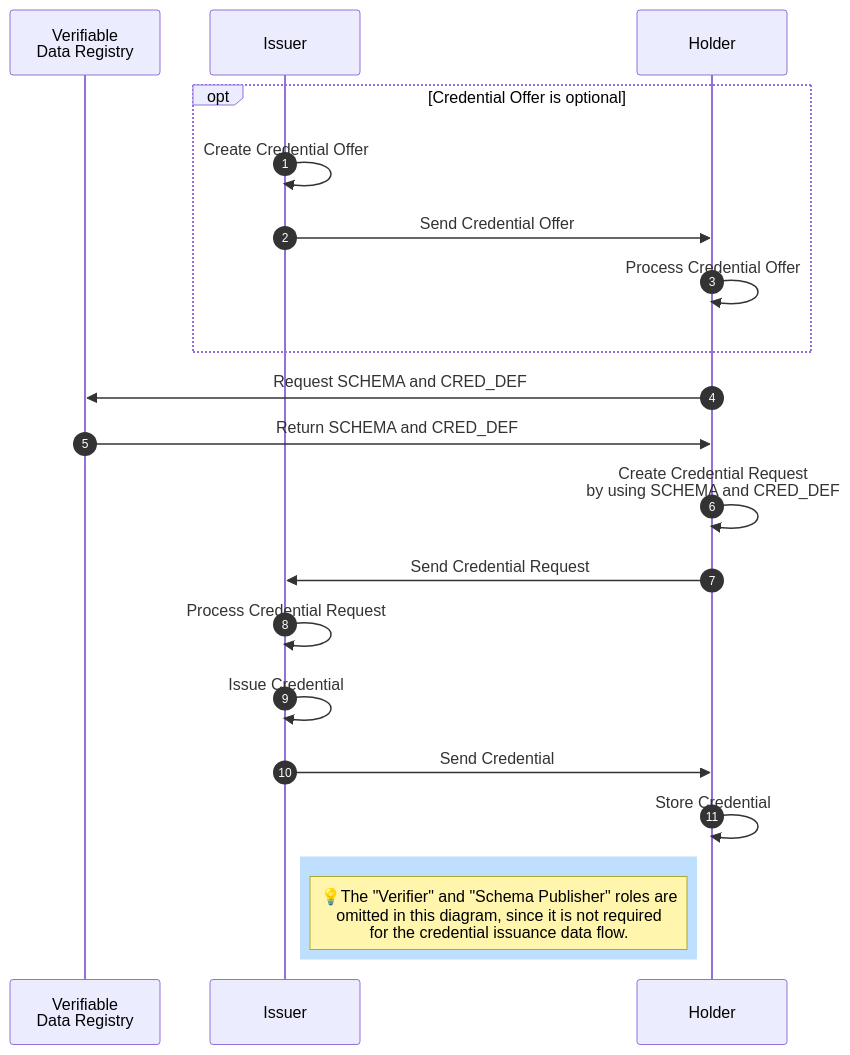
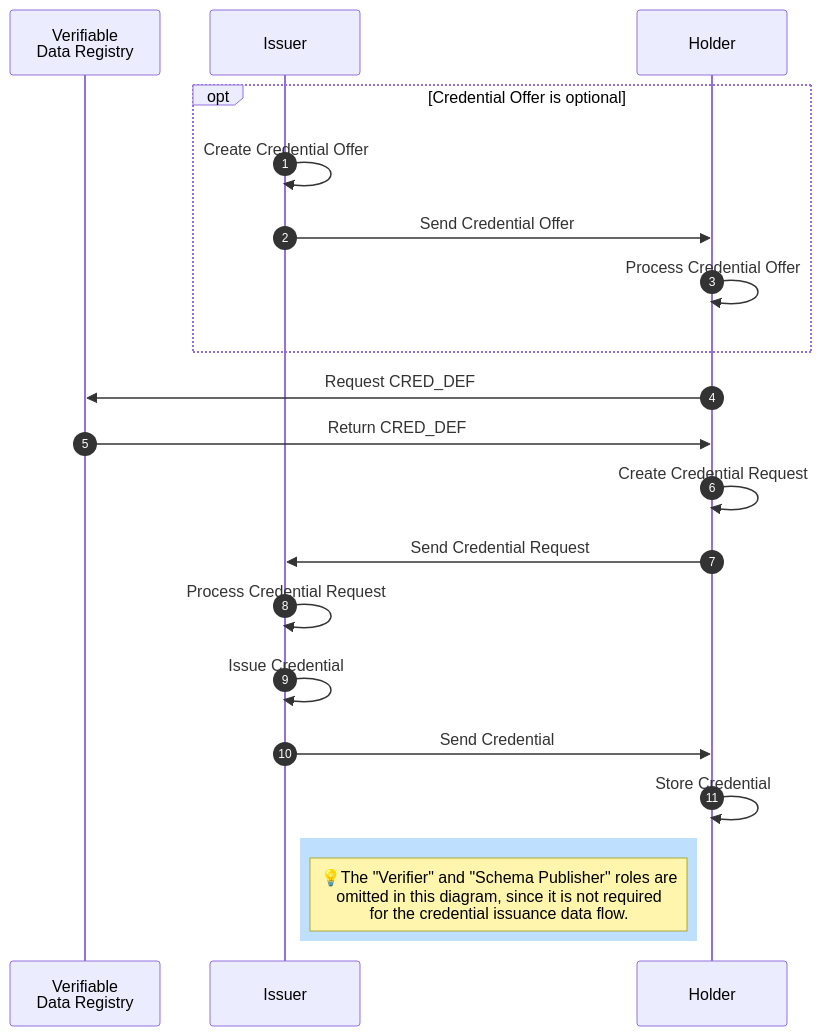
Before and after one commit to hyperledger/anoncreds-spec: the diagram in spec/data_flow_issuance.md, drawn with Mermaid. The commit also changed other lines of this file, not shown here.

Commit message:
Minor changes to Credential Offer and Credential Request flows

````diff
--- a/spec/data_flow_issuance.md
+++ b/spec/data_flow_issuance.md
@@ -5,41 +5,41 @@
 ```mermaid
 sequenceDiagram
     autonumber
     participant L as Verifiable<br>Data Registry
     participant I as Issuer
     participant H as Holder  
 
 
     %%I ->> I: issuer_create_credential_offer<br>(wallet_handle, cred_def_id)
     %%I ->> H: Send offer-credential
     %%H ->> H: Process offer-credential
     %%H ->> H: build_get_cred_def_request(issuer_DID, cred_def_id)
     %%H ->> L: submit_request(pool_handle, get_cred_def_request)
     %%H ->> H: parse_get_cred_def_response(get_cred_def_response)
     %%H ->> I: prover_create_credential_req(wallet_handle, issuer_DID,<br>credential_offer, cred_def, master_secret_id)
     %%H ->> I: send credential request
  
     %%I ->> I: Prepare RAW attribute values and encode them
     %%I ->> I: issuer_create_credential(wallet_handle,<br>credential_offer, credential_request <br>transcript_cred_values, None, None)
     %%I ->> H: Send credential
     %%H ->> H: prover_store_credential(wallet_handle, None,<br>credential_request, meta_data, %%credential,<br>credential_definition, None)
 
 opt Credential Offer is optional
   I ->> I: Create Credential Offer
   I ->> H: Send Credential Offer
   H ->> H: Process Credential Offer
 end
-  H ->> L: Request SCHEMA and CRED_DEF
-  L ->> H: Return SCHEMA and CRED_DEF
-  H ->> H: Create Credential Request<br>by using SCHEMA and CRED_DEF
+  H ->> L: Request CRED_DEF
+  L ->> H: Return CRED_DEF
+  H ->> H: Create Credential Request
   H ->> I: Send Credential Request
   I ->> I: Process Credential Request
   I ->> I: Issue Credential
   I ->> H: Send Credential
   H ->> H: Store Credential
 
 
   rect rgb(191, 223, 255)
     Note left of H: 💡The "Verifier" and "Schema Publisher" roles are<br>omitted in this diagram, since it is not required<br>for the credential issuance data flow.
   end
 ```
````
